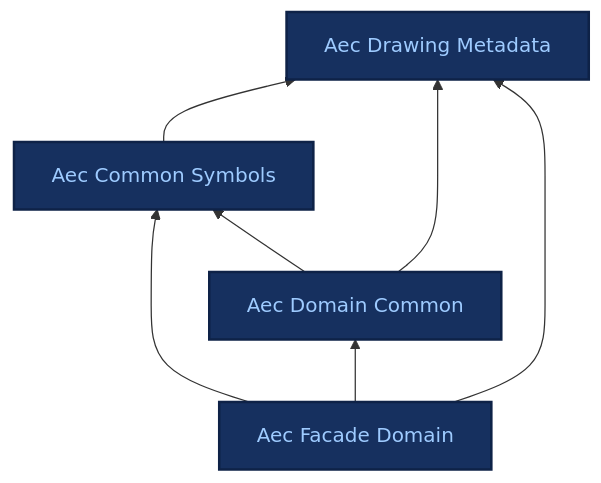
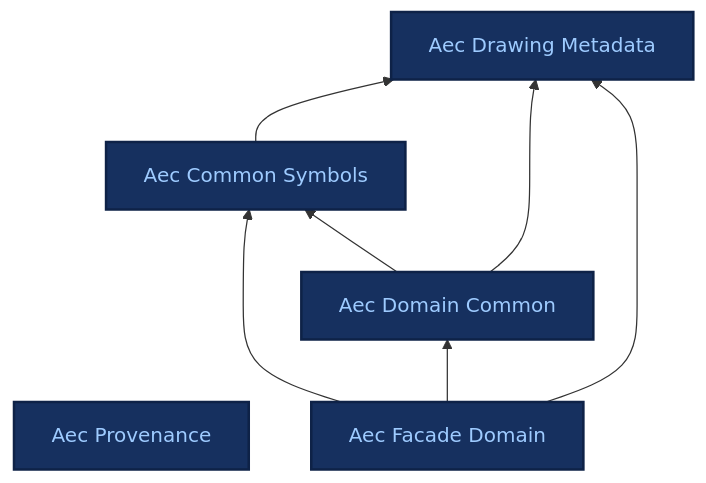
The diagram in docs/ontologies/index.md (BuroHappoldMachineLearning/ADIRO), drawn with Mermaid before and after one commit. The commit also changed other lines of this file and 14 other files, not shown here.

````diff
--- a/docs/ontologies/index.md
+++ b/docs/ontologies/index.md
@@ -9,20 +9,22 @@
 ```mermaid
 %%{init: {"themeCSS": ".base .nodeLabel,.base .nodeLabel p,.base text,.base tspan{fill:#9ecbff !important;color:#9ecbff !important}.current .nodeLabel,.current .nodeLabel p,.current text,.current tspan{fill:#16305f !important;color:#16305f !important}"} }%%
 graph BT
+    aec_provenance["Aec Provenance"]
     aec_drawing_metadata["Aec Drawing Metadata"]
     aec_common_symbols["Aec Common Symbols"]
     aec_domain_common["Aec Domain Common"]
     aec_facade_domain["Aec Facade Domain"]
     aec_common_symbols --> aec_drawing_metadata
     aec_domain_common --> aec_common_symbols
     aec_domain_common --> aec_drawing_metadata
     aec_facade_domain --> aec_common_symbols
     aec_facade_domain --> aec_domain_common
     aec_facade_domain --> aec_drawing_metadata
+    click aec_provenance "aec_provenance/" "Aec Provenance reference page"
     click aec_drawing_metadata "aec_drawing_metadata/" "Aec Drawing Metadata reference page"
     click aec_common_symbols "aec_common_symbols/" "Aec Common Symbols reference page"
     click aec_domain_common "aec_domain_common/" "Aec Domain Common reference page"
     click aec_facade_domain "aec_facade_domain/" "Aec Facade Domain reference page"
     classDef base fill:#16305f,stroke:#0e2247,stroke-width:2px,color:#9ecbff;
-    class aec_drawing_metadata,aec_common_symbols,aec_domain_common,aec_facade_domain base;
+    class aec_provenance,aec_drawing_metadata,aec_common_symbols,aec_domain_common,aec_facade_domain base;
 ```
````
